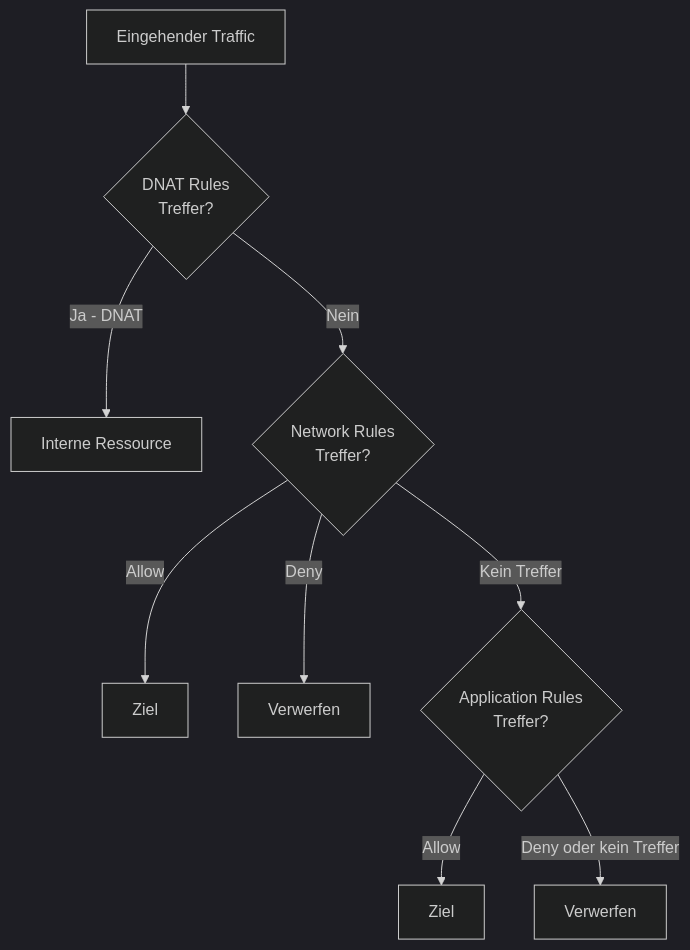
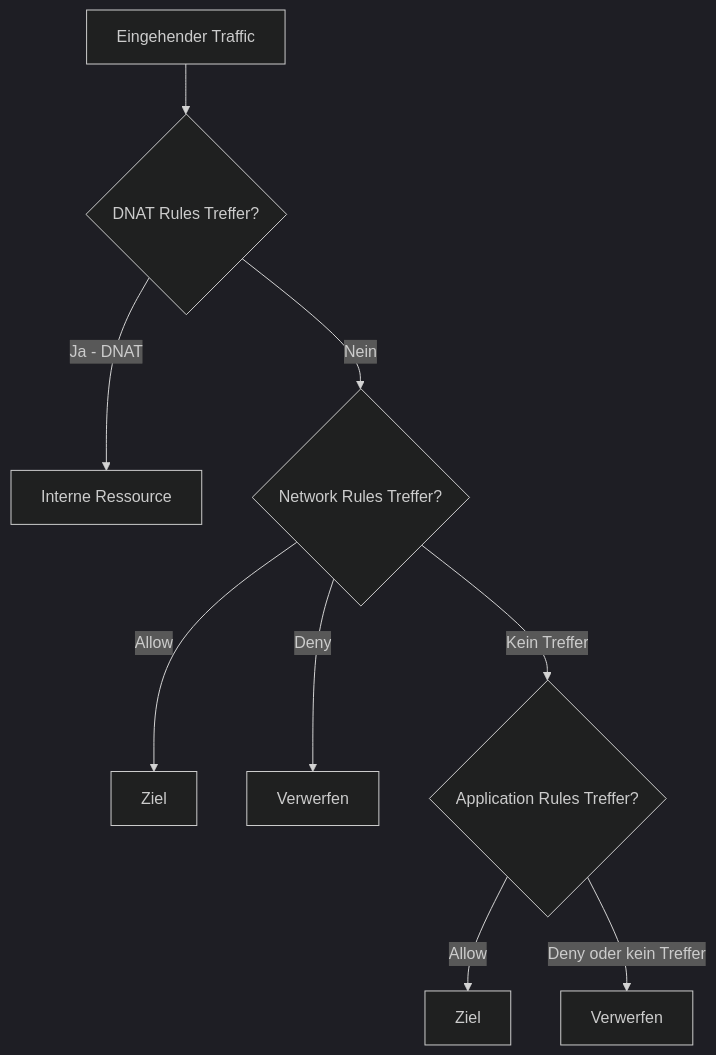
The first of 5 diagrams in Microsoft 365/Azure/Netzwerk/Azure Firewall.md (SoniiiT/notes-n-docs), drawn with Mermaid (dark theme) before and after one commit. The commit also changed other lines of this file and 124 other files, not shown here.

First line of the commit message:
fix: Entferne \n aus allen Mermaid-Diagrammen (125 Dateien)

````diff
--- a/Microsoft 365/Azure/Netzwerk/Azure Firewall.md
+++ b/Microsoft 365/Azure/Netzwerk/Azure Firewall.md
@@ -56,11 +56,11 @@
 ```mermaid
 graph TD
-    TRAFFIC[Eingehender Traffic] --> DNAT{DNAT Rules\n Treffer?}
+    TRAFFIC[Eingehender Traffic] --> DNAT{DNAT Rules  Treffer?}
     DNAT -->|Ja - DNAT| VM[Interne Ressource]
-    DNAT -->|Nein| NETW{Network Rules\nTreffer?}
+    DNAT -->|Nein| NETW{Network Rules Treffer?}
     NETW -->|Allow| DEST[Ziel]
     NETW -->|Deny| DROP1[Verwerfen]
-    NETW -->|Kein Treffer| APP{Application Rules\nTreffer?}
+    NETW -->|Kein Treffer| APP{Application Rules Treffer?}
     APP -->|Allow| DEST2[Ziel]
     APP -->|Deny oder kein Treffer| DROP2[Verwerfen]
 ```
````
